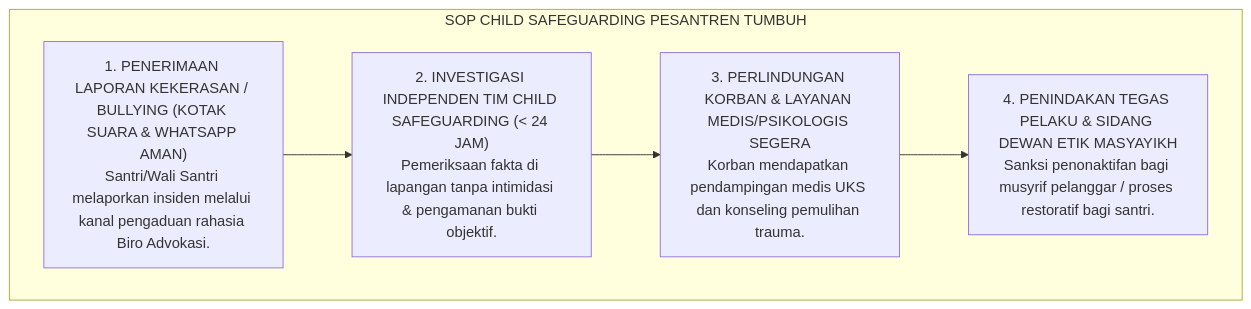
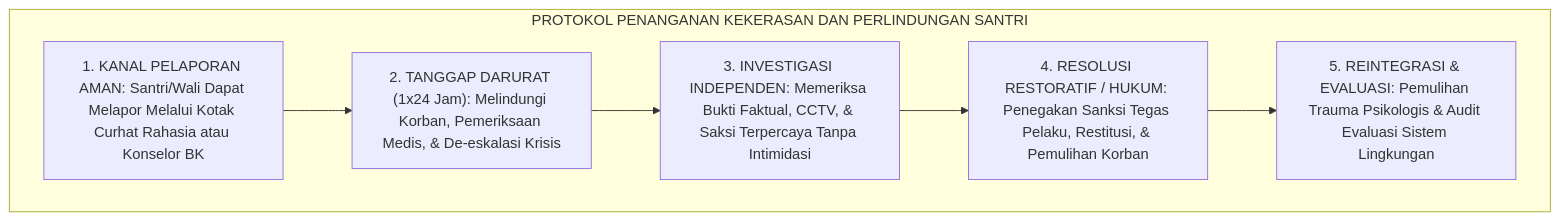
Before and after one commit to wandiapriliyandi/tumbuh: the fourth of 4 diagrams in 01 Philosophy/02 Human Nature/P1-02-06-Kemuliaan-Bani-Adam-dan-Hak-Asasi-Santri.md, drawn with Mermaid. The commit also changed other lines of this file and 6 other files, not shown here.

````diff
--- a/01 Philosophy/02 Human Nature/P1-02-06-Kemuliaan-Bani-Adam-dan-Hak-Asasi-Santri.md
+++ b/01 Philosophy/02 Human Nature/P1-02-06-Kemuliaan-Bani-Adam-dan-Hak-Asasi-Santri.md
@@ -235,14 +188,10 @@
 ```mermaid
 flowchart TD
-    subgraph SOPPencegahanDanPenangananKekerasan["SOP CHILD SAFEGUARDING PESANTREN TUMBUH"]
-        Aduan["1. PENERIMAAN LAPORAN KEKERASAN / BULLYING (KOTAK SUARA & WHATSAPP AMAN)<br/>Santri/Wali Santri melaporkan insiden melalui kanal pengaduan rahasia Biro Advokasi."]
-        
-        Investigasi["2. INVESTIGASI INDEPENDEN TIM CHILD SAFEGUARDING (< 24 JAM)<br/>Pemeriksaan fakta di lapangan tanpa intimidasi & pengamanan bukti objektif."]
-        
-        ProteksiMedis["3. PERLINDUNGAN KORBAN & LAYANAN MEDIS/PSIKOLOGIS SEGERA<br/>Korban mendapatkan pendampingan medis UKS dan konseling pemulihan trauma."]
-        
-        TindakanHukum["4. PENINDAKAN TEGAS PELAKU & SIDANG DEWAN ETIK MASYAYIKH<br/>Sanksi penonaktifan bagi musyrif pelanggar / proses restoratif bagi santri."]
-        
-        Aduan --> Investigasi --> ProteksiMedis --> TindakanHukum
+    subgraph ProtokolChildSafeguarding["PROTOKOL PENANGANAN KEKERASAN DAN PERLINDUNGAN SANTRI"]
+        Lapor["1. KANAL PELAPORAN AMAN: Santri/Wali Dapat Melapor Melalui Kotak Curhat Rahasia atau Konselor BK"]
+        --> Tanggap["2. TANGGAP DARURAT (1x24 Jam): Melindungi Korban, Pemeriksaan Medis, & De-eskalasi Krisis"]
+        --> Investigasi["3. INVESTIGASI INDEPENDEN: Memeriksa Bukti Faktual, CCTV, & Saksi Terpercaya Tanpa Intimidasi"]
+        --> Resolusi["4. RESOLUSI RESTORATIF / HUKUM: Penegakan Sanksi Tegas Pelaku, Restitusi, & Pemulihan Korban"]
+        --> Reintegrasi["5. REINTEGRASI & EVALUASI: Pemulihan Trauma Psikologis & Audit Evaluasi Sistem Lingkungan"]
     end
 ```
````
